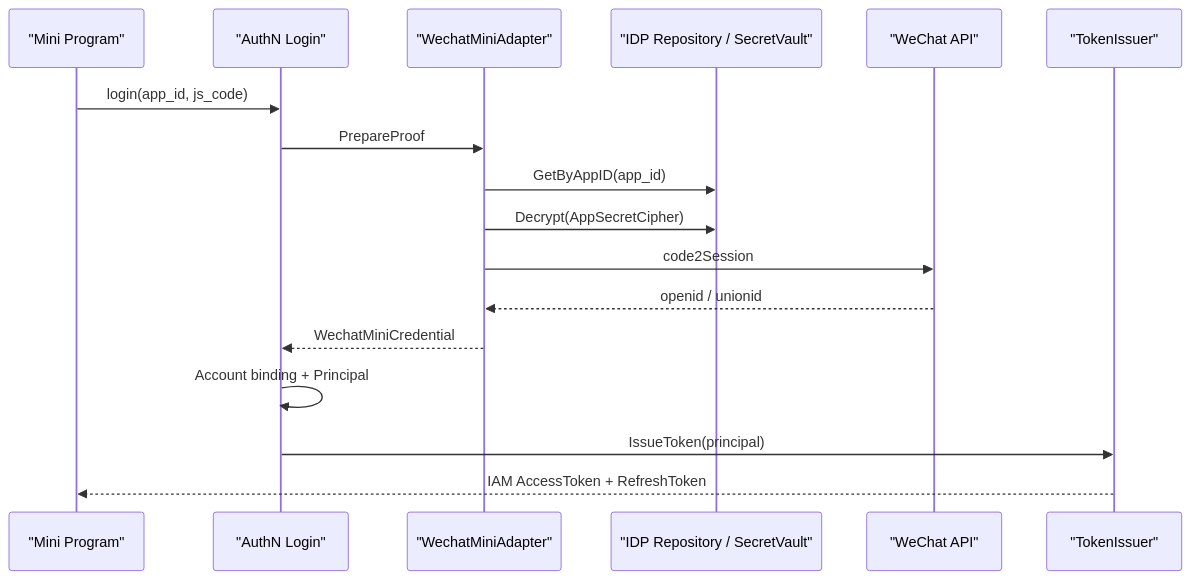
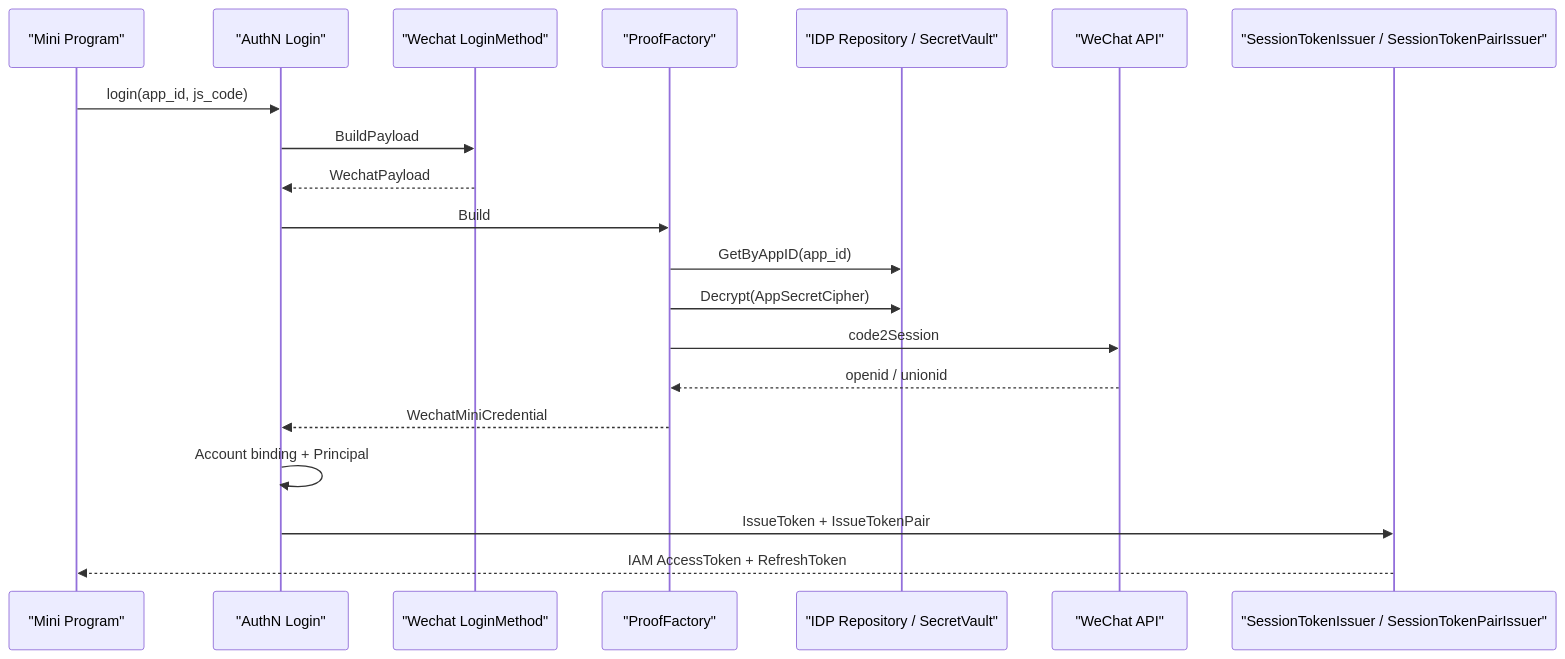
Before and after one commit to FangcunMount/iam: diagram 22 of 29 in docs/08-宣讲/12-架构图素材索引.md, drawn with Mermaid. The commit also changed other lines of this file and 18 other files, not shown here.

````diff
--- a/docs/08-宣讲/12-架构图素材索引.md
+++ b/docs/08-宣讲/12-架构图素材索引.md
@@ -1087,20 +1091,23 @@
 ```mermaid
 sequenceDiagram
     participant Client as "Mini Program"
     participant AuthN as "AuthN Login"
-    participant Adapter as "WechatMiniAdapter"
+    participant Method as "Wechat LoginMethod"
+    participant Proof as "ProofFactory"
     participant IDP as "IDP Repository / SecretVault"
     participant WeChat as "WeChat API"
-    participant Token as "TokenIssuer"
+    participant Token as "SessionTokenIssuer / SessionTokenPairIssuer"
 
     Client->>AuthN: login(app_id, js_code)
-    AuthN->>Adapter: PrepareProof
-    Adapter->>IDP: GetByAppID(app_id)
-    Adapter->>IDP: Decrypt(AppSecretCipher)
-    Adapter->>WeChat: code2Session
-    WeChat-->>Adapter: openid / unionid
-    Adapter-->>AuthN: WechatMiniCredential
+    AuthN->>Method: BuildPayload
+    Method-->>AuthN: WechatPayload
+    AuthN->>Proof: Build
+    Proof->>IDP: GetByAppID(app_id)
+    Proof->>IDP: Decrypt(AppSecretCipher)
+    Proof->>WeChat: code2Session
+    WeChat-->>Proof: openid / unionid
+    Proof-->>AuthN: WechatMiniCredential
     AuthN->>AuthN: Account binding + Principal
-    AuthN->>Token: IssueToken(principal)
+    AuthN->>Token: IssueToken + IssueTokenPair
     Token-->>Client: IAM AccessToken + RefreshToken
 ```
````
